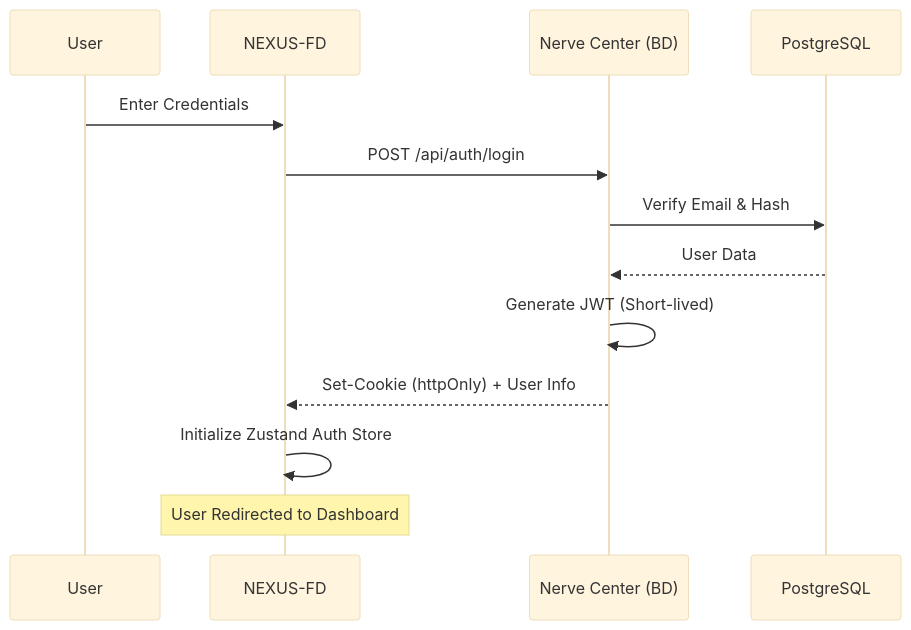
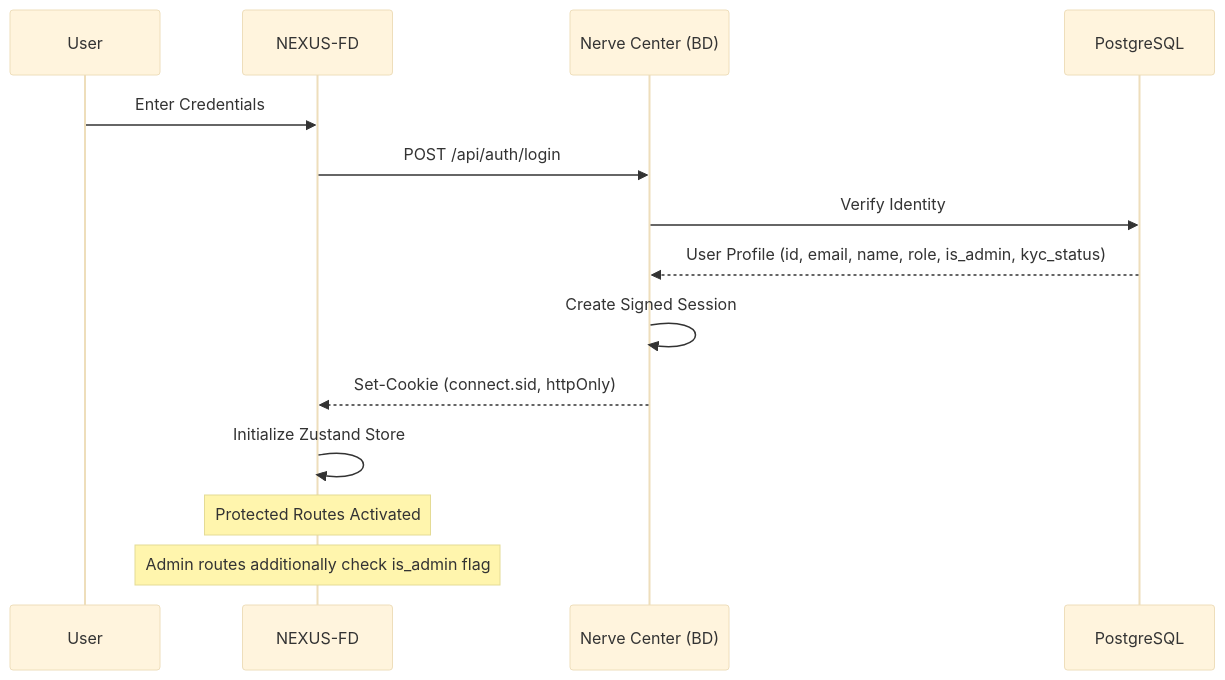
One commit to electron000/NEXUS changed the second of 4 diagrams in DOCUMENTATION.md. Above: the diagram before and after it, drawn with Mermaid (base theme). The commit also changed other lines of this file and 52 other files, not shown here.

````diff
--- a/DOCUMENTATION.md
+++ b/DOCUMENTATION.md
@@ -63,16 +64,17 @@
 ```mermaid
 sequenceDiagram
     participant User
     participant FD as NEXUS-FD
     participant NC as Nerve Center (BD)
     participant DB as PostgreSQL
 
     User->>FD: Enter Credentials
     FD->>NC: POST /api/auth/login
-    NC->>DB: Verify Email & Hash
-    DB-->>NC: User Data
-    NC->>NC: Generate JWT (Short-lived)
-    NC-->>FD: Set-Cookie (httpOnly) + User Info
-    FD->>FD: Initialize Zustand Auth Store
-    Note over FD: User Redirected to Dashboard
+    NC->>DB: Verify Identity
+    DB-->>NC: User Profile (id, email, name, role, is_admin, kyc_status)
+    NC->>NC: Create Signed Session
+    NC-->>FD: Set-Cookie (connect.sid, httpOnly)
+    FD->>FD: Initialize Zustand Store
+    Note over FD: Protected Routes Activated
+    Note over FD: Admin routes additionally check is_admin flag
 ```
````
